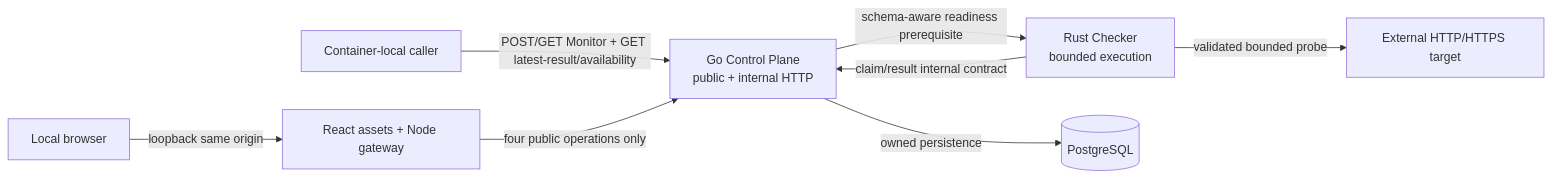
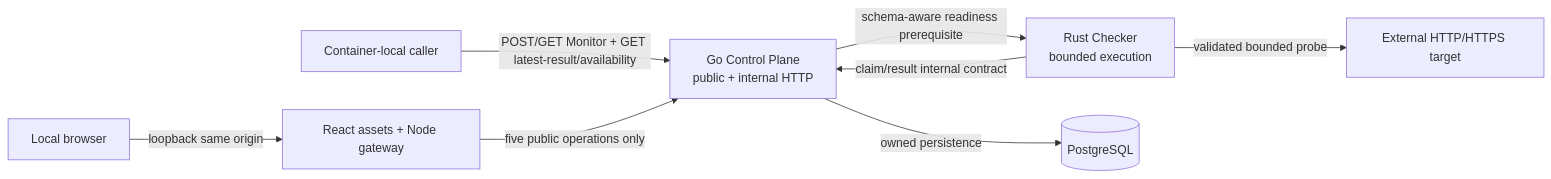
Before and after one commit to kefyusuf/uptime-lab: the diagram in docs/architecture/container-view.md, drawn with Mermaid. The commit also changed other lines of this file and 72 other files, not shown here.

```diff
--- a/docs/architecture/container-view.md
+++ b/docs/architecture/container-view.md
@@ -94,18 +94,18 @@
 ~~~mermaid
 flowchart LR
     Caller["Container-local caller"]
     Browser[Local browser]
     Web[React assets + Node gateway]
     Go["Go Control Plane<br/>public + internal HTTP"]
     Checker["Rust Checker<br/>bounded execution"]
     DB[(PostgreSQL)]
     Target["External HTTP/HTTPS target"]
 
     Caller -->|POST/GET Monitor + GET latest-result/availability| Go
     Browser -->|loopback same origin| Web
-    Web -->|four public operations only| Go
+    Web -->|five public operations only| Go
     Checker -->|claim/result internal contract| Go
     Go -->|owned persistence| DB
     Checker -->|validated bounded probe| Target
     Go -->|schema-aware readiness prerequisite| Checker
 ~~~
```
